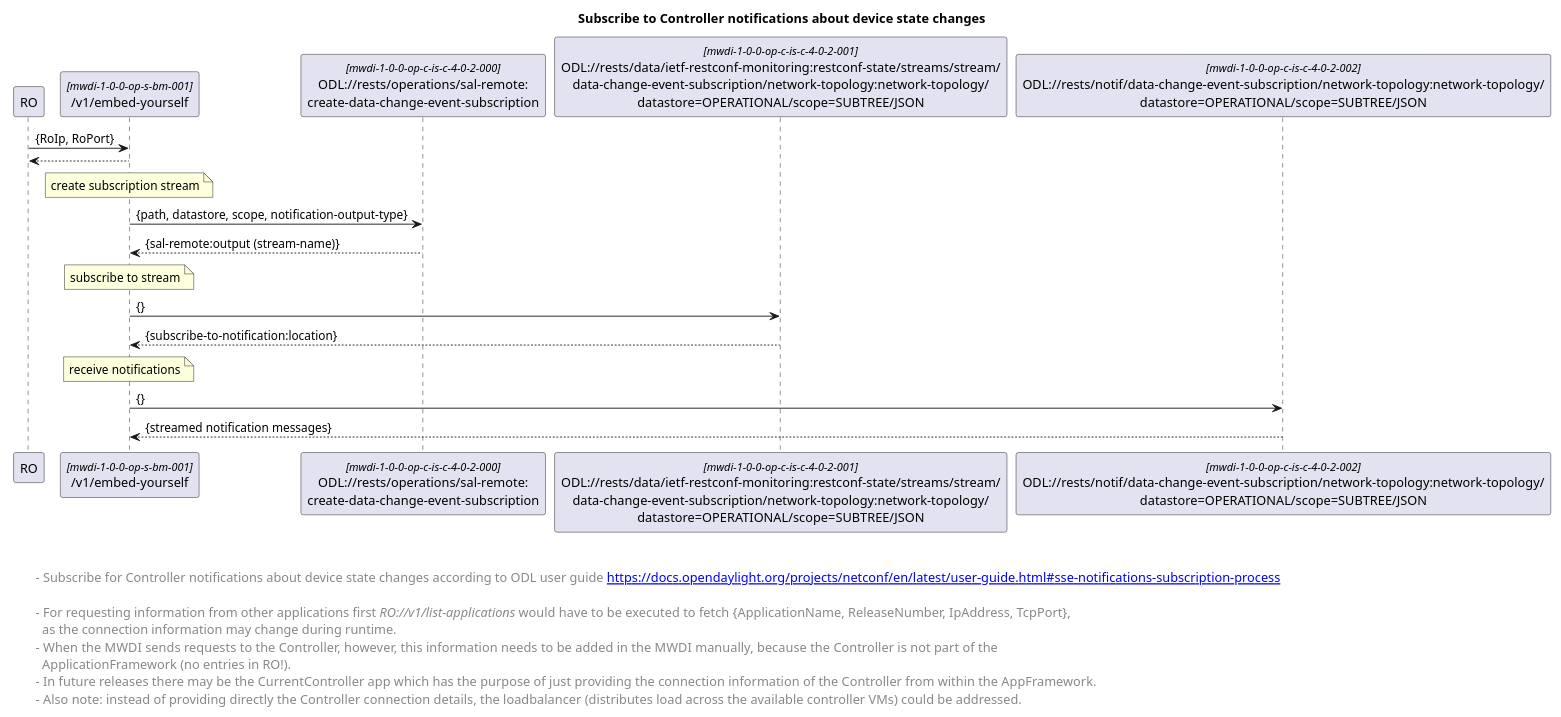
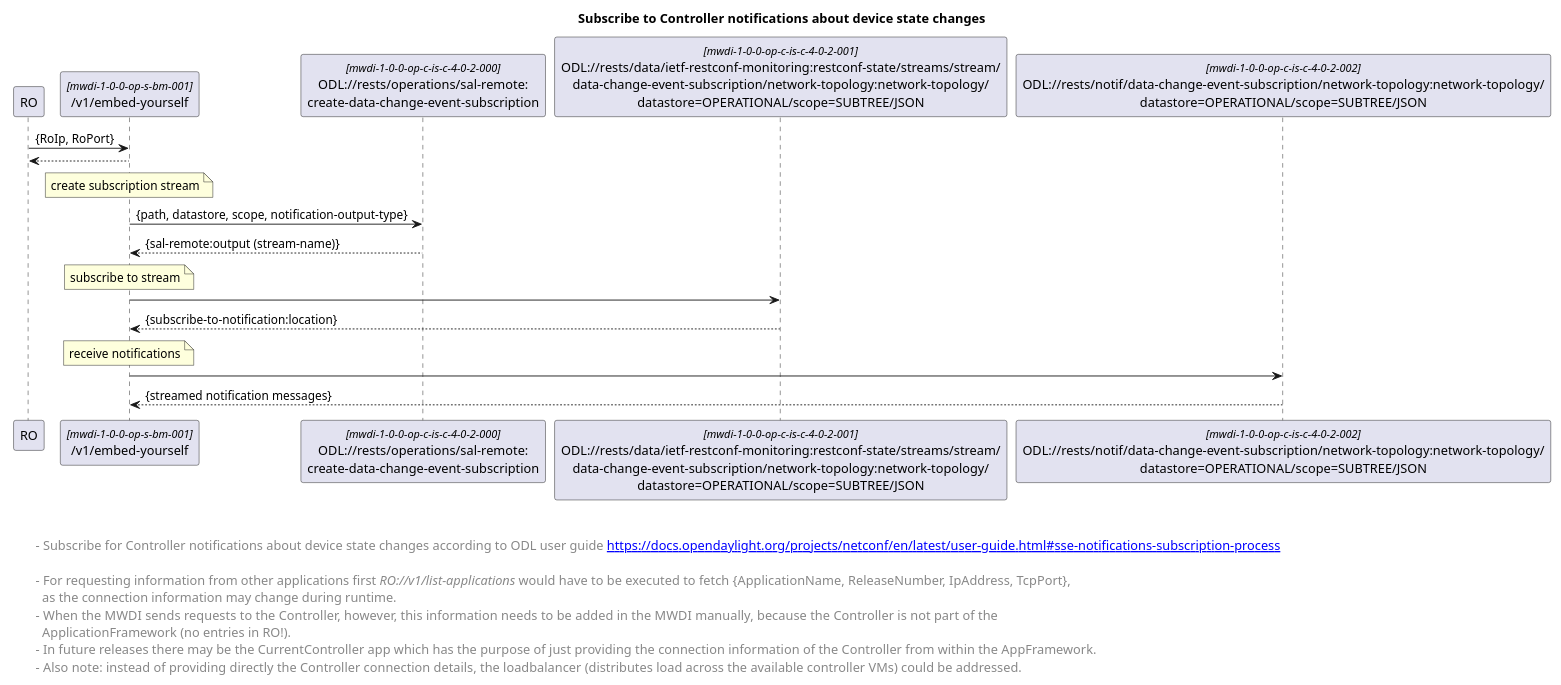
Before and after one commit to openBackhaul/MicroWaveDeviceInventory: the diagram in spec/diagrams/forwardings/done/00x_forwardingSubscribeControllerNotification.plantuml, drawn with PlantUML. The commit also changed 5 other files, not shown here.

```diff
--- a/spec/diagrams/forwardings/done/00x_forwardingSubscribeControllerNotification.plantuml
+++ b/spec/diagrams/forwardings/done/00x_forwardingSubscribeControllerNotification.plantuml
@@ -1,56 +1,56 @@
 @startuml
 skinparam responseMessageBelowArrow true
 skinparam guillemet [ ]
 skinparam participant {
   StereotypeFontSize 12  
 }
 
 title Subscribe to Controller notifications about device state changes
 
 'participants
 participant "RO" as ro
 participant "/v1/embed-yourself" as mwdi <<mwdi-1-0-0-op-s-bm-001>>
 participant "ODL://rests/operations/sal-remote:\ncreate-data-change-event-subscription" as odlsubscribe1 <<mwdi-1-0-0-op-c-is-c-4-0-2-000>>
 participant "ODL://rests/data/ietf-restconf-monitoring:restconf-state/streams/stream/\ndata-change-event-subscription/network-topology:network-topology/\ndatastore=OPERATIONAL/scope=SUBTREE/JSON" as odlsubscribe2 <<mwdi-1-0-0-op-c-is-c-4-0-2-001>>
 participant "ODL://rests/notif/data-change-event-subscription/network-topology:network-topology/\ndatastore=OPERATIONAL/scope=SUBTREE/JSON" as odlsubscribe3 <<mwdi-1-0-0-op-c-is-c-4-0-2-002>>
 
 
 
 ro -> mwdi: {RoIp, RoPort}
 mwdi --> ro
 
 note over mwdi: create subscription stream
 mwdi -> odlsubscribe1: {path, datastore, scope, notification-output-type}
 odlsubscribe1 --> mwdi: {sal-remote:output (stream-name)}
 
 note over mwdi: subscribe to stream
-mwdi -> odlsubscribe2: {}
+mwdi -> odlsubscribe2
 odlsubscribe2 --> mwdi: {subscribe-to-notification:location}
 
 note over mwdi: receive notifications
-mwdi -> odlsubscribe3: {}
+mwdi -> odlsubscribe3
 odlsubscribe3 --> mwdi: {streamed notification messages}
 
 left footer 
 
 
 \t- Subscribe for Controller notifications about device state changes according to ODL user guide [[https://docs.opendaylight.org/projects/netconf/en/latest/user-guide.html#sse-notifications-subscription-process]]
 
 \t- For requesting information from other applications first <i>RO://v1/list-applications</i> would have to be executed to fetch {ApplicationName, ReleaseNumber, IpAddress, TcpPort}, 
 \t  as the connection information may change during runtime.
 \t-  When the MWDI sends requests to the Controller, however, this information needs to be added in the MWDI manually, because the Controller is not part of the 
 \t  ApplicationFramework (no entries in RO!). 
 \t-  In future releases there may be the CurrentController app which has the purpose of just providing the connection information of the Controller from within the AppFramework.
 \t-  Also note: instead of providing directly the Controller connection details, the loadbalancer (distributes load across the available controller VMs) could be addressed.
 end footer
 
 
 <style>
 footer {
   HorizontalAlignment left
   FontSize 14
 }
 </style>
 
 
 @enduml
```
